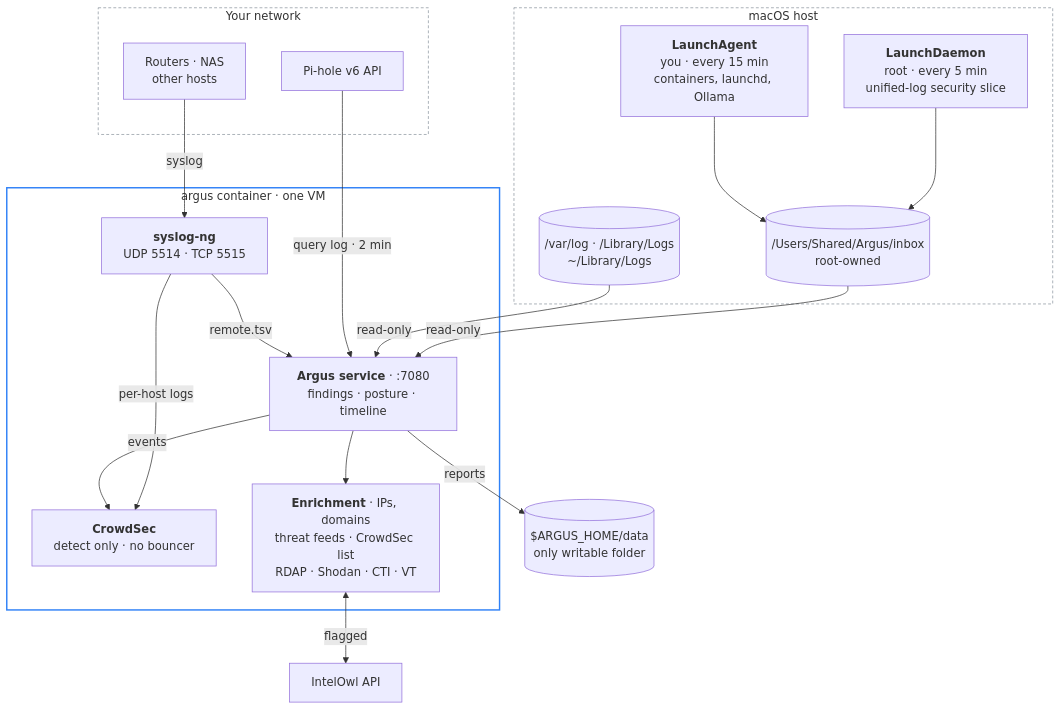
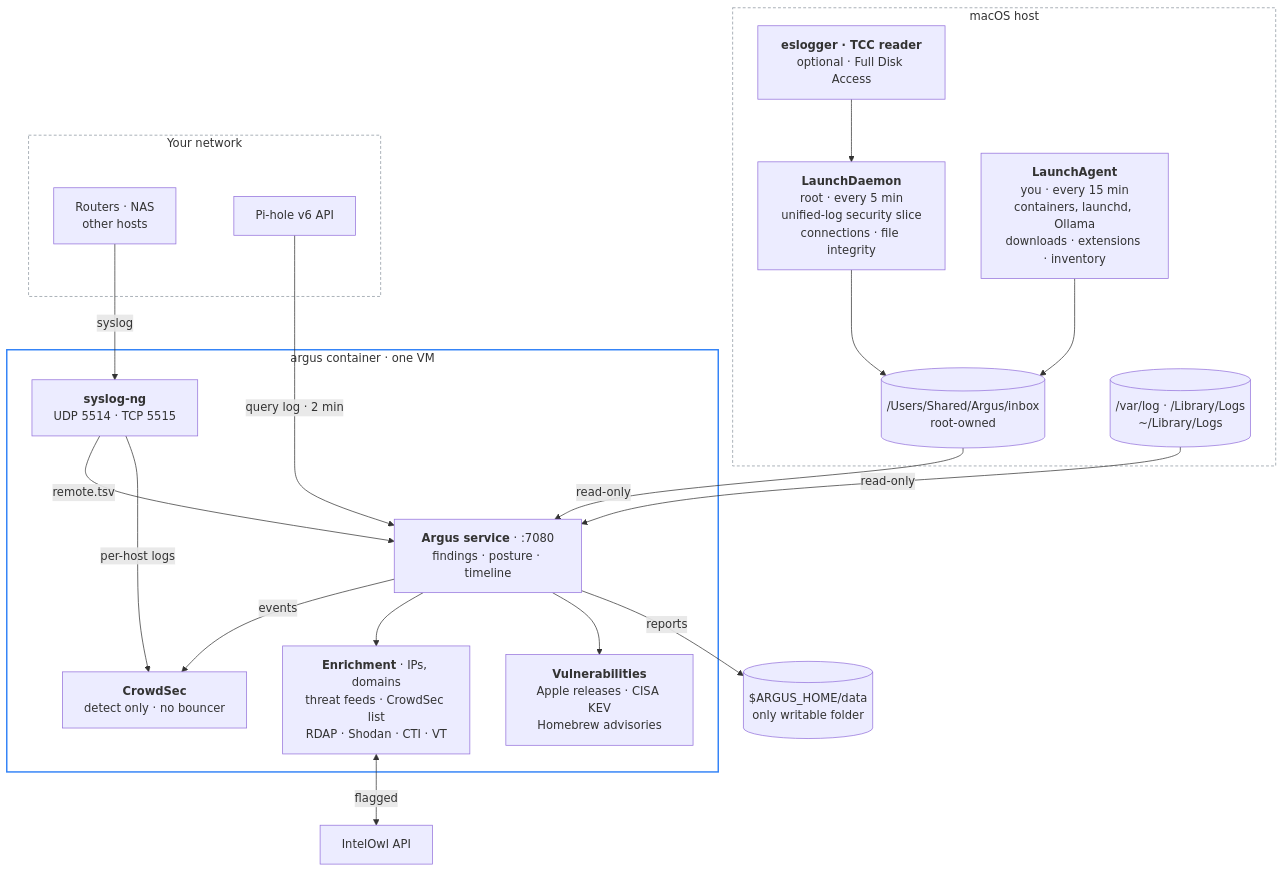
The first of 2 diagrams in README.md (rgregory/argus), drawn with Mermaid before and after one commit. The commit also changed other lines of this file and 23 other files, not shown here.

First line of the commit message:
1.2.0: Endpoint and Vulnerabilities tabs, endpoint telemetry, Little Snitch, file integrity, browser extensions, certificate trust, new feeds; frame and sign-in redirect hardening

````diff
--- a/README.md
+++ b/README.md
@@ -27,41 +29,45 @@
 ```mermaid
 flowchart TB
   subgraph HOST["macOS host"]
-    LD["<b>LaunchDaemon</b><br/>root · every 5 min<br/>unified-log security slice"]
-    LA["<b>LaunchAgent</b><br/>you · every 15 min<br/>containers, launchd, Ollama"]
+    LD["<b>LaunchDaemon</b><br/>root · every 5 min<br/>unified-log security slice<br/>connections · file integrity"]
+    LA["<b>LaunchAgent</b><br/>you · every 15 min<br/>containers, launchd, Ollama<br/>downloads · extensions · inventory"]
+    ES["<b>eslogger · TCC reader</b><br/>optional · Full Disk Access"]
+    ES --> LD
     INBOX[("/Users/Shared/Argus/inbox<br/>root-owned")]
     LOGS[("/var/log · /Library/Logs<br/>~/Library/Logs")]
     LD --> INBOX
     LA --> INBOX
   end
 
   subgraph NET["Your network"]
     REMOTE["Routers · NAS<br/>other hosts"]
     PIHOLE["Pi-hole v6 API"]
   end
 
   subgraph ARGUS["argus container · one VM"]
     SYSLOG["<b>syslog-ng</b><br/>UDP 5514 · TCP 5515"]
     SVC["<b>Argus service</b> · :7080<br/>findings · posture · timeline"]
     CS["<b>CrowdSec</b><br/>detect only · no bouncer"]
     ENRICH["<b>Enrichment</b> · IPs, domains<br/>threat feeds · CrowdSec list<br/>RDAP · Shodan · CTI · VT"]
+    VULN["<b>Vulnerabilities</b><br/>Apple releases · CISA KEV<br/>Homebrew advisories"]
   end
 
   DATA[("$ARGUS_HOME/data<br/>only writable folder")]
   INTELOWL["IntelOwl API"]
 
   INBOX -- "read-only" --> SVC
   LOGS -- "read-only" --> SVC
   PIHOLE -- "query log · 2 min" --> SVC
   REMOTE -- "syslog" --> SYSLOG
   SYSLOG -- "remote.tsv" --> SVC
   SYSLOG -- "per-host logs" --> CS
   SVC -- "events" --> CS
   SVC --> ENRICH
+  SVC --> VULN
   ENRICH <-- "flagged" --> INTELOWL
   SVC -- "reports" --> DATA
 
   style HOST fill:transparent,stroke:#8b949e,stroke-dasharray:4 3
   style NET fill:transparent,stroke:#8b949e,stroke-dasharray:4 3
   style ARGUS fill:transparent,stroke:#2f81f7,stroke-width:2px
 ```
````
